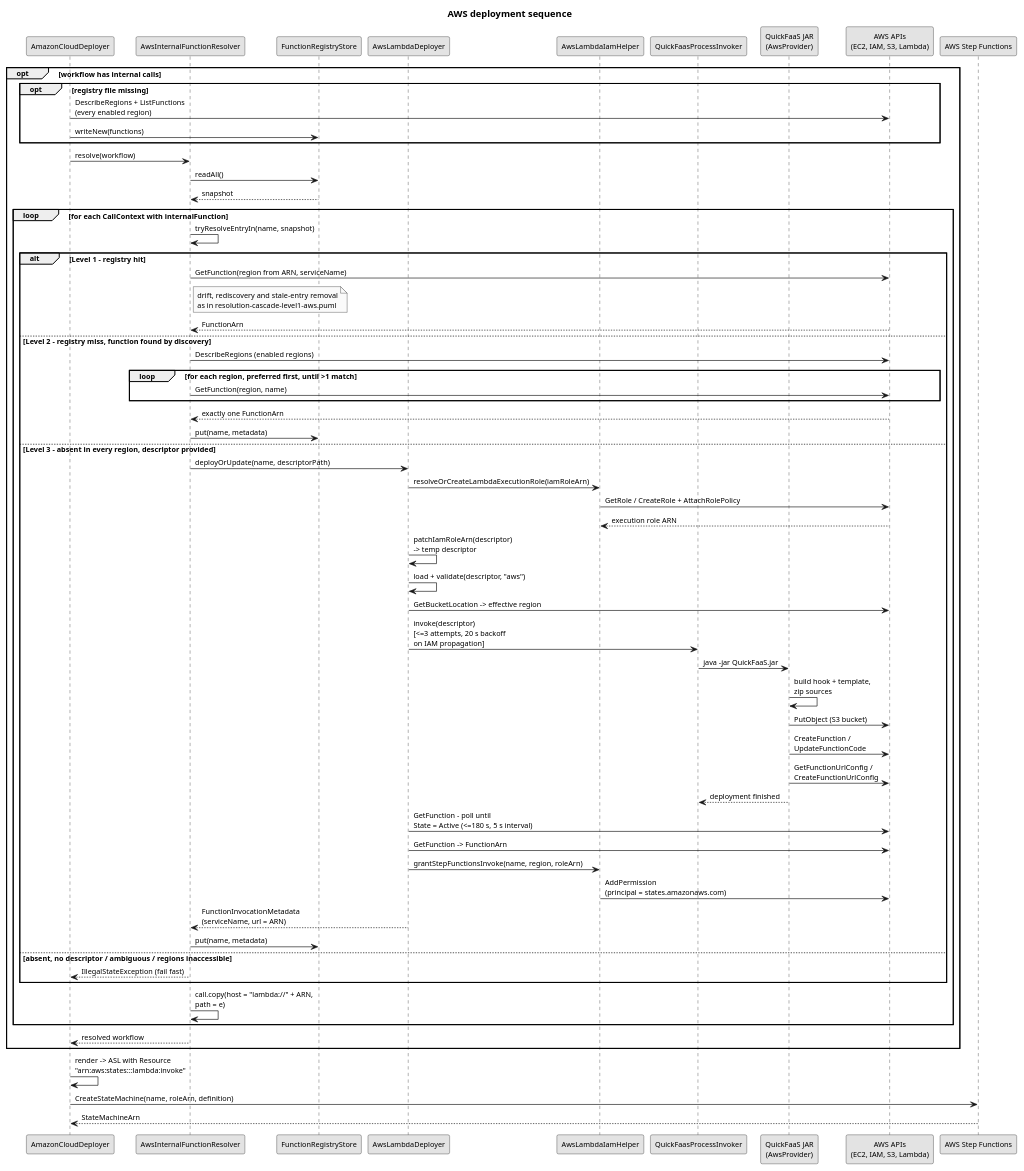
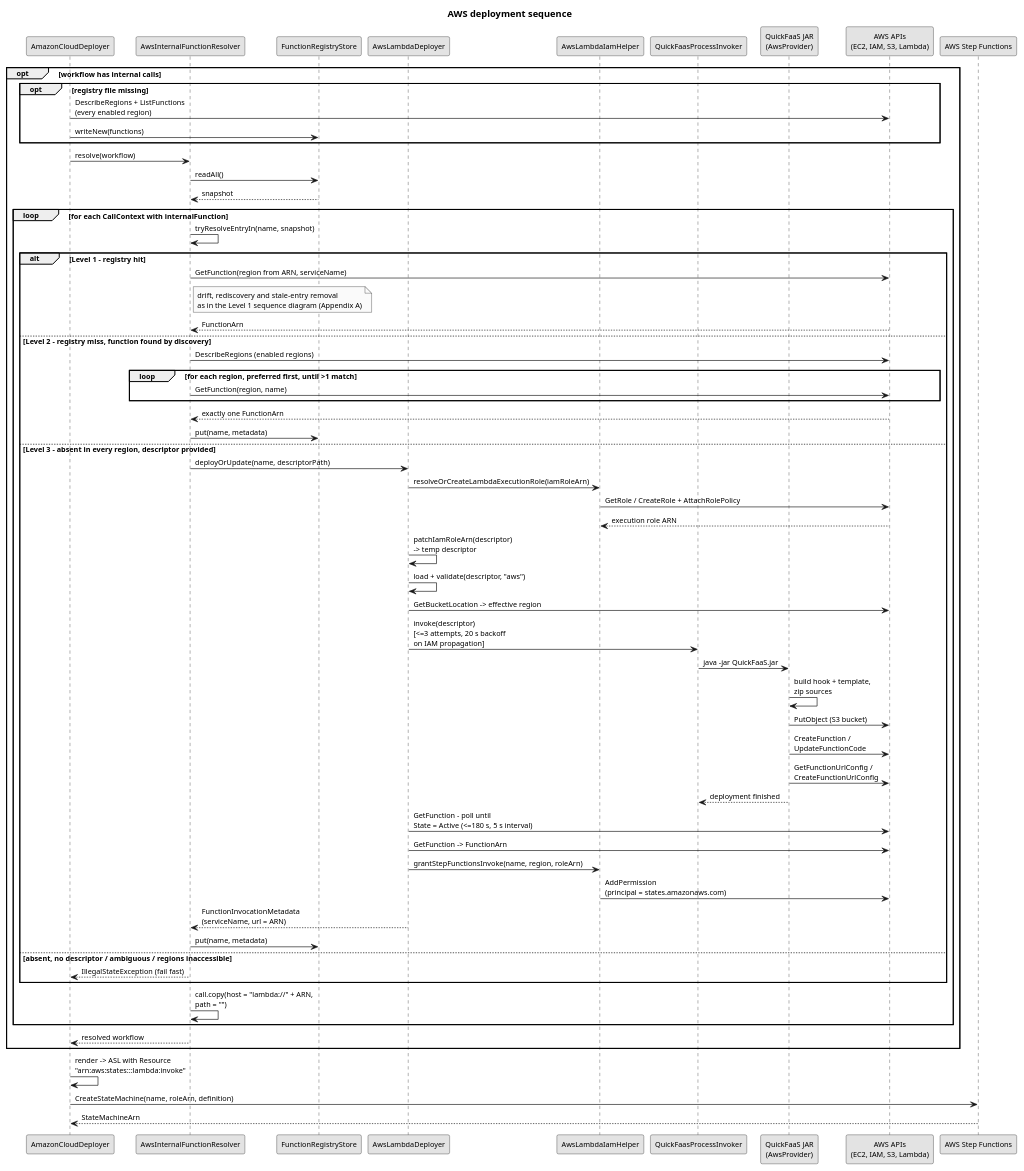
One commit to EngenheiroPedroCarvalho/ISEL-Thesis-2526 changed the diagram in diagrams/aws-deploy-sequence.puml. Above: the diagram before and after it, drawn with PlantUML. The commit also changed 28 other files, not shown here.

First line of the commit message:
Align the thesis diagrams with the code and the text

```diff
--- a/diagrams/aws-deploy-sequence.puml
+++ b/diagrams/aws-deploy-sequence.puml
@@ -1,72 +1,72 @@
 @startuml aws-deploy-sequence
 skinparam monochrome true
 skinparam shadowing false
 skinparam defaultFontSize 11
 title AWS deployment sequence
 
 participant "AmazonCloudDeployer" as ACD
 participant "AwsInternalFunctionResolver" as R
 participant "FunctionRegistryStore" as REG
 participant "AwsLambdaDeployer" as ALD
 participant "AwsLambdaIamHelper" as IAM
 participant "QuickFaasProcessInvoker" as PI
 participant "QuickFaaS JAR\n(AwsProvider)" as QF
 participant "AWS APIs\n(EC2, IAM, S3, Lambda)" as AWS
 participant "AWS Step Functions" as SFN
 
 opt workflow has internal calls
   opt registry file missing
     ACD -> AWS : DescribeRegions + ListFunctions\n(every enabled region)
     ACD -> REG : writeNew(functions)
   end
   ACD -> R : resolve(workflow)
   R -> REG : readAll()
   REG --> R : snapshot
   loop for each CallContext with internalFunction
     R -> R : tryResolveEntryIn(name, snapshot)
     alt Level 1 - registry hit
       R -> AWS : GetFunction(region from ARN, serviceName)
       note right of R
         drift, rediscovery and stale-entry removal
-        as in resolution-cascade-level1-aws.puml
+        as in the Level 1 sequence diagram (Appendix A)
       end note
       AWS --> R : FunctionArn
     else Level 2 - registry miss, function found by discovery
       R -> AWS : DescribeRegions (enabled regions)
       loop for each region, preferred first, until >1 match
         R -> AWS : GetFunction(region, name)
       end
       AWS --> R : exactly one FunctionArn
       R -> REG : put(name, metadata)
     else Level 3 - absent in every region, descriptor provided
       R -> ALD : deployOrUpdate(name, descriptorPath)
       ALD -> IAM : resolveOrCreateLambdaExecutionRole(iamRoleArn)
       IAM -> AWS : GetRole / CreateRole + AttachRolePolicy
       AWS --> IAM : execution role ARN
       ALD -> ALD : patchIamRoleArn(descriptor)\n-> temp descriptor
       ALD -> ALD : load + validate(descriptor, "aws")
       ALD -> AWS : GetBucketLocation -> effective region
       ALD -> PI : invoke(descriptor)\n[<=3 attempts, 20 s backoff\non IAM propagation]
       PI -> QF : java -jar QuickFaaS.jar
       QF -> QF : build hook + template,\nzip sources
       QF -> AWS : PutObject (S3 bucket)
       QF -> AWS : CreateFunction /\nUpdateFunctionCode
       QF -> AWS : GetFunctionUrlConfig /\nCreateFunctionUrlConfig
       QF --> PI : deployment finished
       ALD -> AWS : GetFunction - poll until\nState = Active (<=180 s, 5 s interval)
       ALD -> AWS : GetFunction -> FunctionArn
       ALD -> IAM : grantStepFunctionsInvoke(name, region, roleArn)
       IAM -> AWS : AddPermission\n(principal = states.amazonaws.com)
       ALD --> R : FunctionInvocationMetadata\n(serviceName, url = ARN)
       R -> REG : put(name, metadata)
     else absent, no descriptor / ambiguous / regions inaccessible
       R --> ACD : IllegalStateException (fail fast)
     end
-    R -> R : call.copy(host = "lambda://" + ARN,\npath = e)
+    R -> R : call.copy(host = "lambda://" + ARN,\npath = "")
   end
   R --> ACD : resolved workflow
 end
 ACD -> ACD : render -> ASL with Resource\n"arn:aws:states:::lambda:invoke"
 ACD -> SFN : CreateStateMachine(name, roleArn, definition)
 SFN --> ACD : StateMachineArn
 @enduml
```
